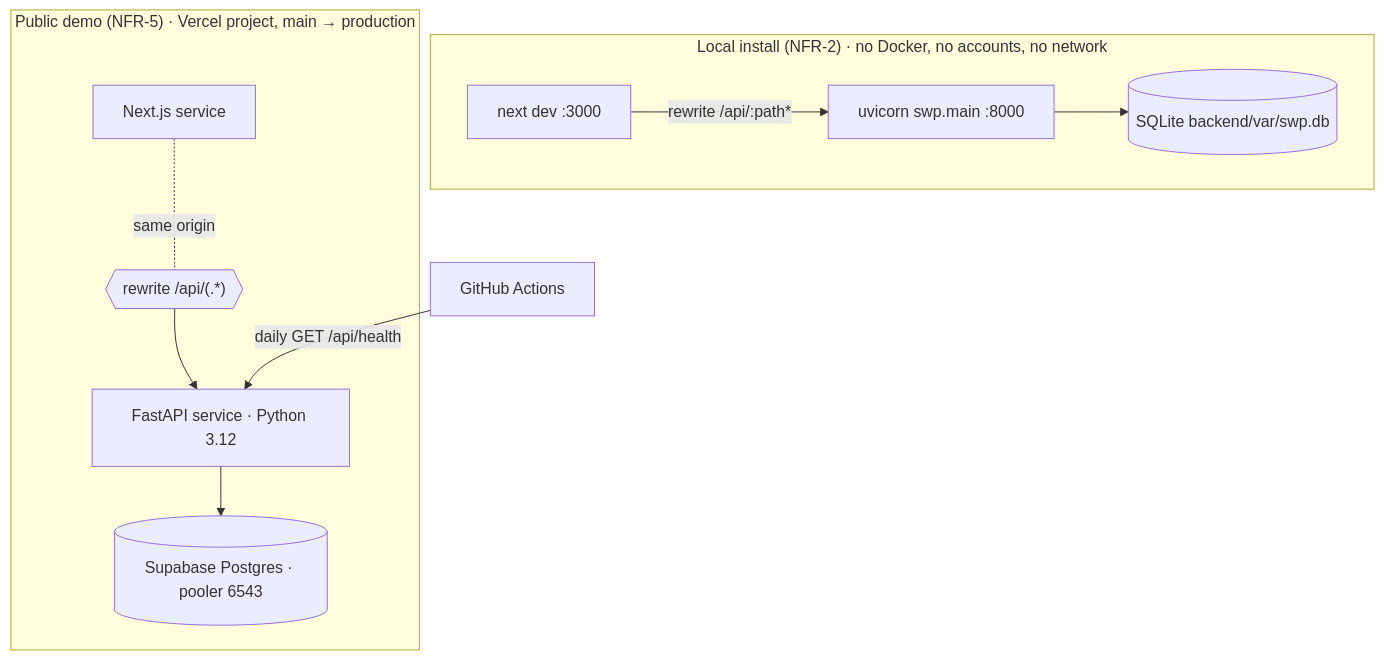
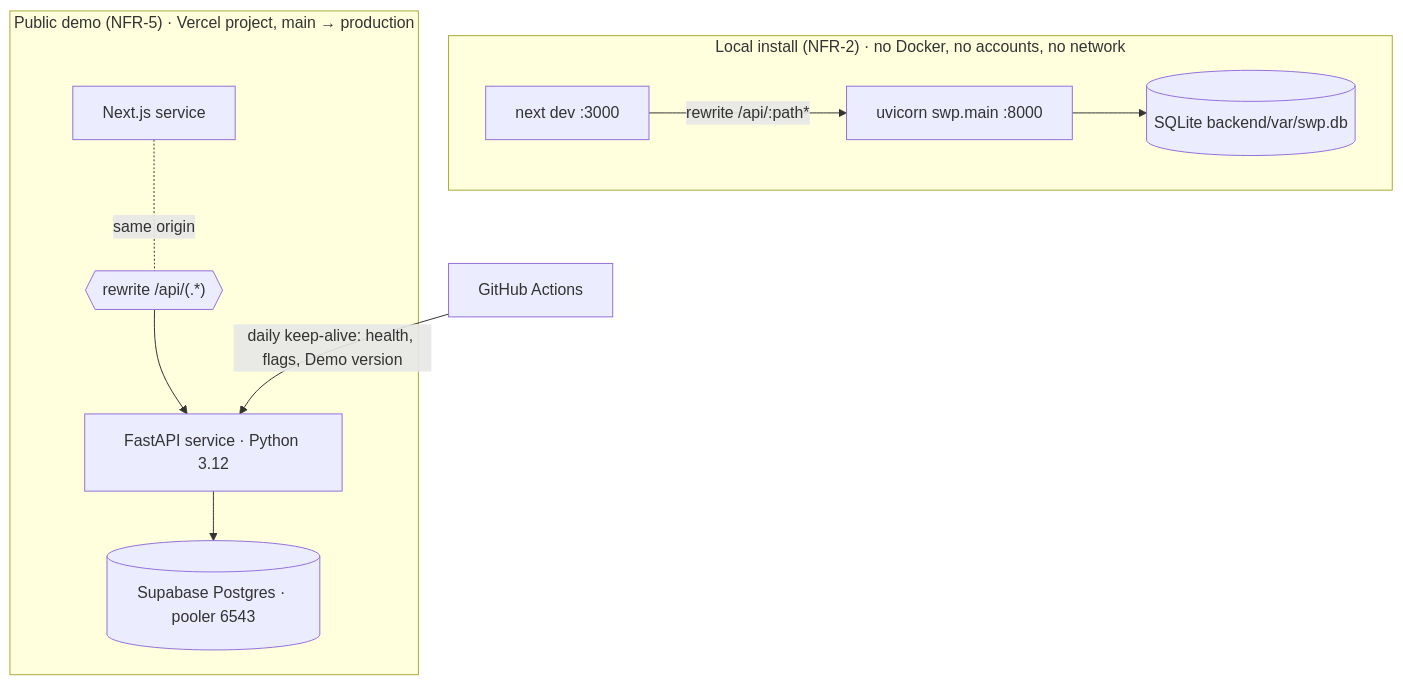
One commit to IBE160-2026/G36-steponaitis changed the third of 3 diagrams in .docs/planning-artifacts/architecture/architecture-Project-2026-11-16/ARCHITECTURE-SPINE.md. Above: the diagram before and after it, drawn with Mermaid. The commit also changed other lines of this file and 17 other files, not shown here.

First line of the commit message:
fix: Epic 16 retro fixes (busy login 503, Vercel database guard, keep-alive checks)

````diff
--- a/.docs/planning-artifacts/architecture/architecture-Project-2026-11-16/ARCHITECTURE-SPINE.md
+++ b/.docs/planning-artifacts/architecture/architecture-Project-2026-11-16/ARCHITECTURE-SPINE.md
@@ -441,13 +441,13 @@
 ```mermaid
 flowchart TB
   subgraph Local["Local install (NFR-2) · no Docker, no accounts, no network"]
     B1[next dev :3000] -- "rewrite /api/:path*" --> U1[uvicorn swp.main :8000]
     U1 --> S1[(SQLite backend/var/swp.db)]
   end
   subgraph Vercel["Public demo (NFR-5) · Vercel project, main → production"]
     B2[Next.js service] -. "same origin" .- R{{"rewrite /api/(.*)"}}
     R --> F2[FastAPI service · Python 3.12]
     F2 --> P2[(Supabase Postgres · pooler 6543)]
   end
-  GH[GitHub Actions] -- "daily GET /api/health" --> F2
+  GH[GitHub Actions] -- "daily keep-alive: health, flags, Demo version" --> F2
 ```
````
